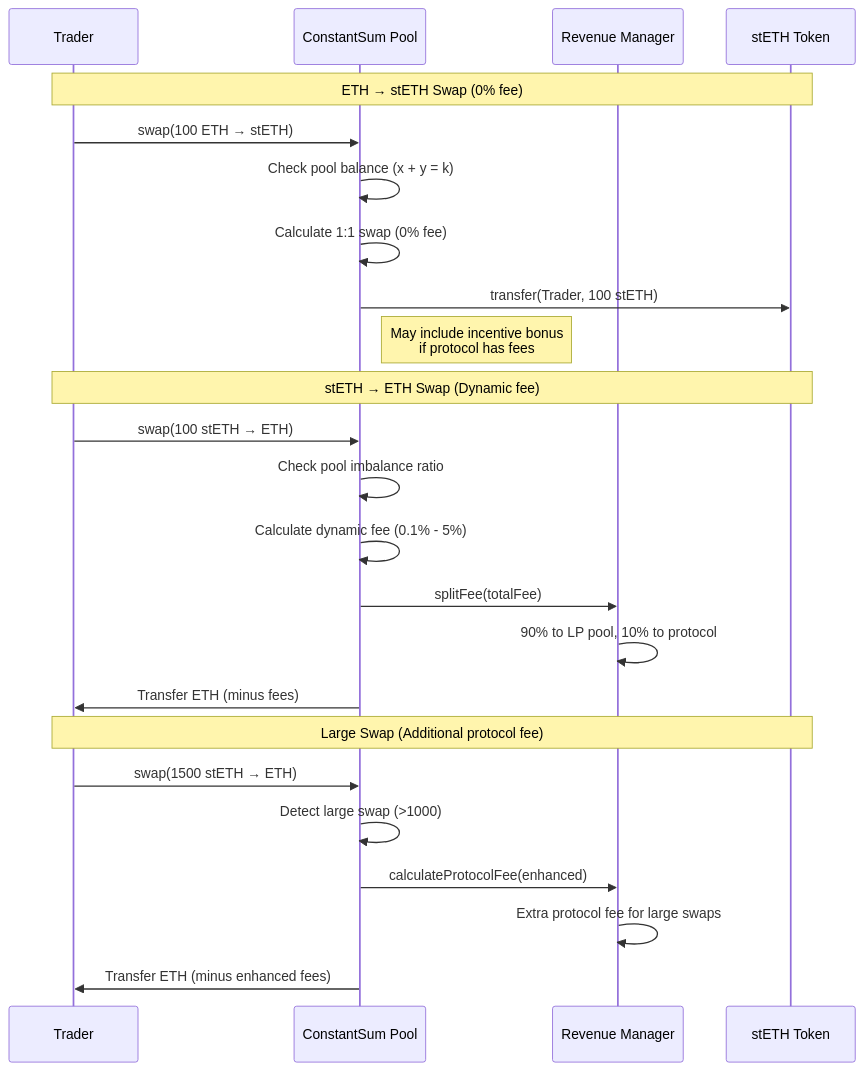
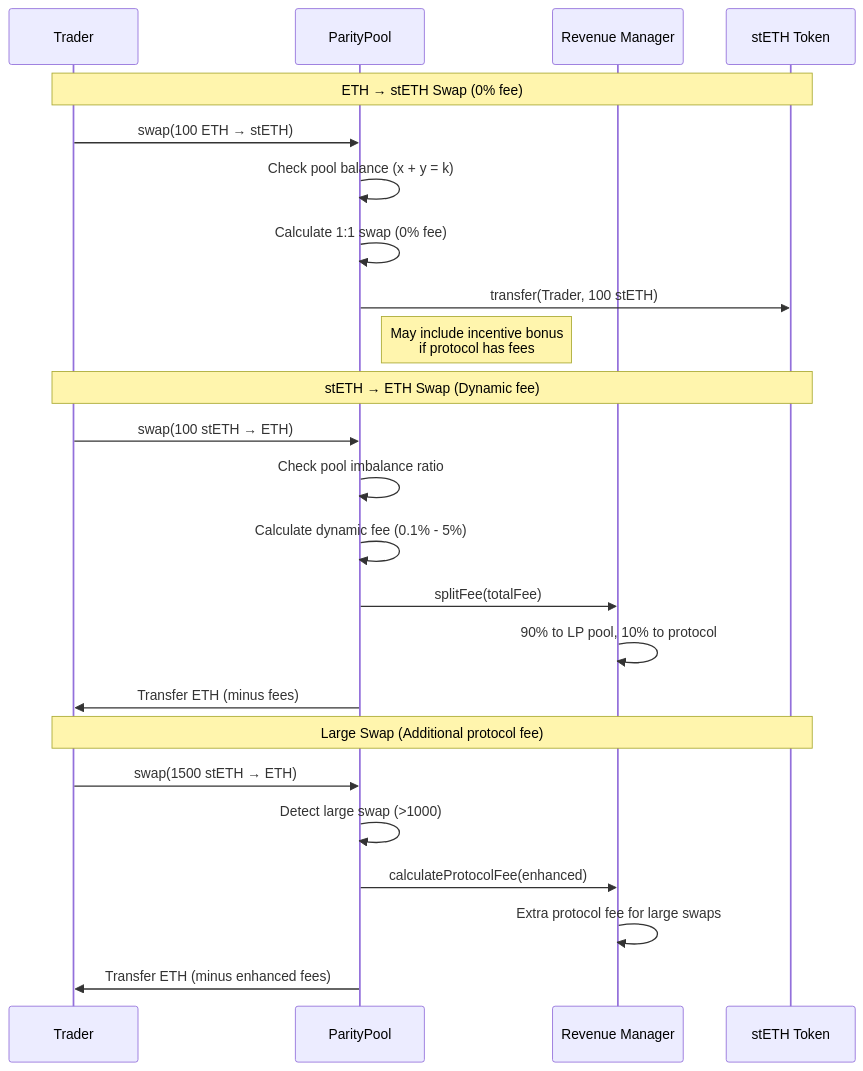
One commit to mcmoodoo/stETHer changed the third of 3 diagrams in README.md. Above: the diagram before and after it, drawn with Mermaid. The commit also changed other lines of this file and 18 other files, not shown here.

````diff
--- a/README.md
+++ b/README.md
@@ -93,29 +93,29 @@
 ```mermaid
 sequenceDiagram
     participant Trader as Trader
-    participant Pool as ConstantSum Pool
+    participant Pool as ParityPool
     participant Revenue as Revenue Manager
     participant stETH as stETH Token
 
     Note over Trader,stETH: ETH → stETH Swap (0% fee)
     Trader->>Pool: swap(100 ETH → stETH)
     Pool->>Pool: Check pool balance (x + y = k)
     Pool->>Pool: Calculate 1:1 swap (0% fee)
     Pool->>stETH: transfer(Trader, 100 stETH)
     Note right of Pool: May include incentive bonus<br/>if protocol has fees
 
     Note over Trader,stETH: stETH → ETH Swap (Dynamic fee)
     Trader->>Pool: swap(100 stETH → ETH)
     Pool->>Pool: Check pool imbalance ratio
     Pool->>Pool: Calculate dynamic fee (0.1% - 5%)
     Pool->>Revenue: splitFee(totalFee)
     Revenue->>Revenue: 90% to LP pool, 10% to protocol
     Pool->>Trader: Transfer ETH (minus fees)
 
     Note over Trader,stETH: Large Swap (Additional protocol fee)
     Trader->>Pool: swap(1500 stETH → ETH)
     Pool->>Pool: Detect large swap (>1000)
     Pool->>Revenue: calculateProtocolFee(enhanced)
     Revenue->>Revenue: Extra protocol fee for large swaps
     Pool->>Trader: Transfer ETH (minus enhanced fees)
 ```
````
